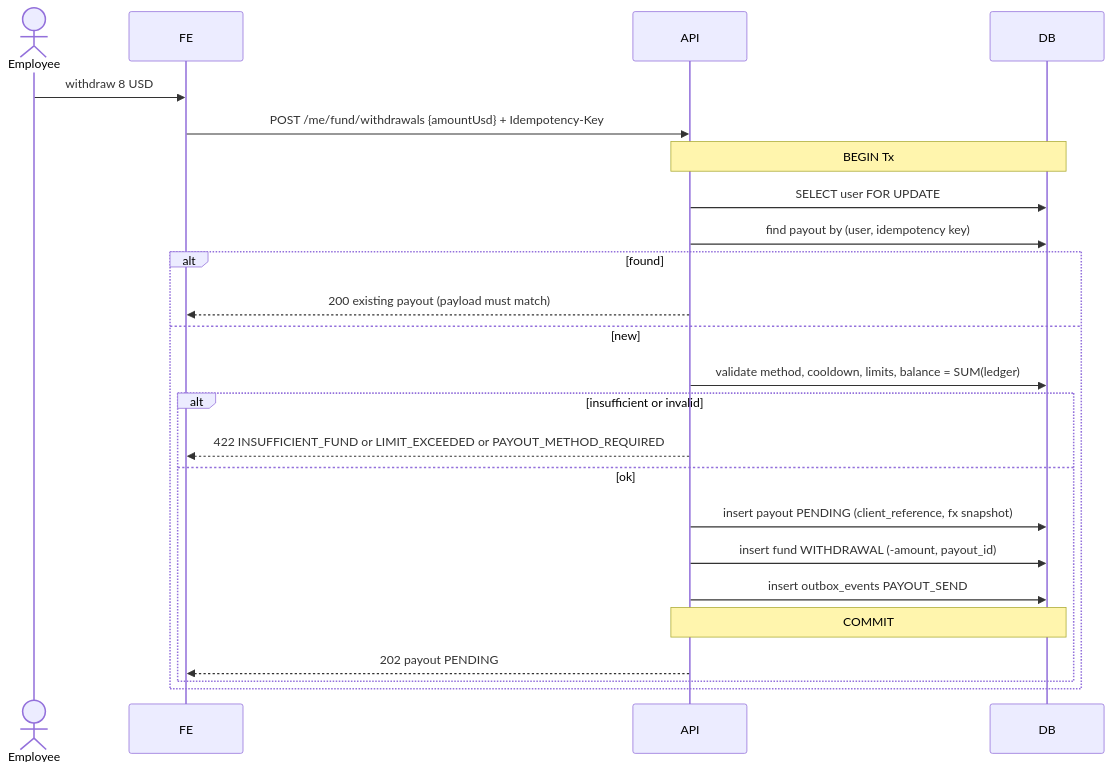
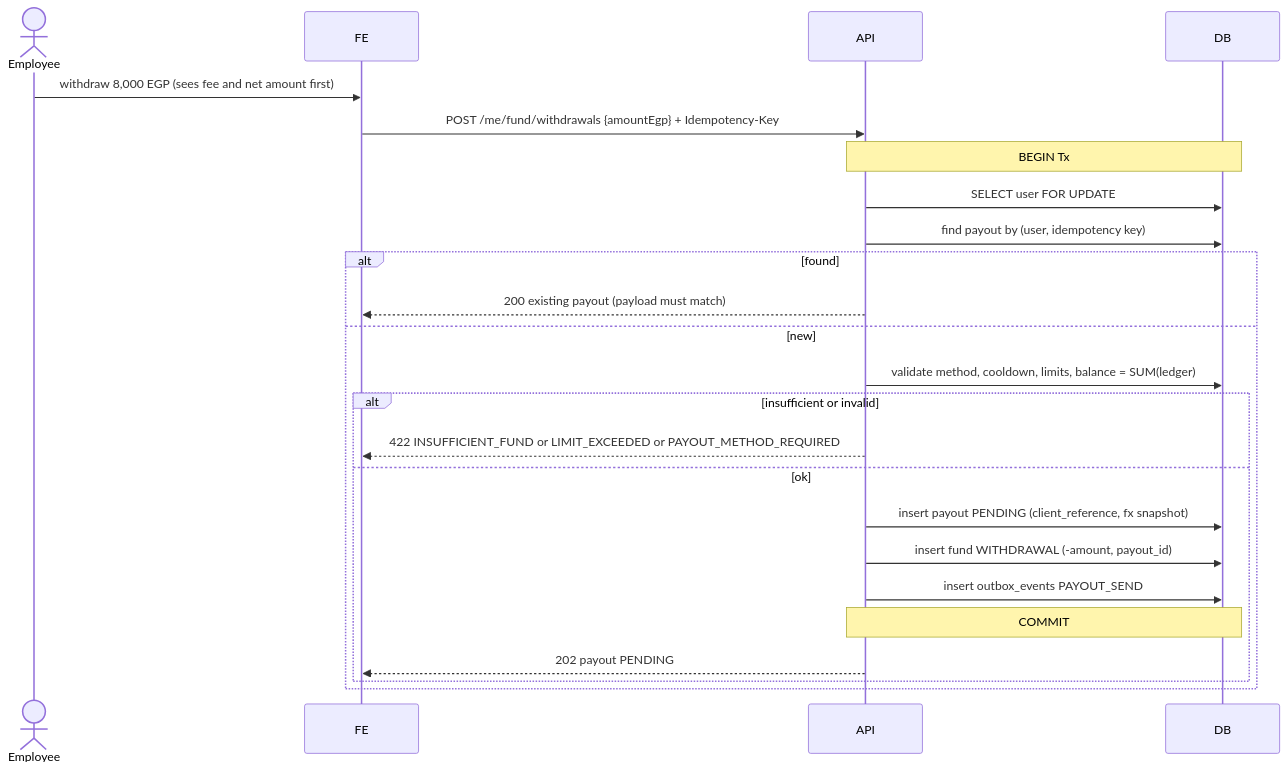
Before and after one commit to Mohand-Hatem/CheckPoint: diagram 16 of 20 in docs/07-SEQUENCE_DIAGRAMS.md, drawn with Mermaid. The commit also changed other lines of this file and 24 other files, not shown here.

Commit message:
feat(api): Reconcile docs and schema with planning spec v0.3.0

````diff
--- a/docs/07-SEQUENCE_DIAGRAMS.md
+++ b/docs/07-SEQUENCE_DIAGRAMS.md
@@ -375,26 +375,26 @@
 ```mermaid
 sequenceDiagram
   actor E as Employee
   participant FE
   participant API
   participant DB
-  E->>FE: withdraw 8 USD
-  FE->>API: POST /me/fund/withdrawals {amountUsd} + Idempotency-Key
+  E->>FE: withdraw 8,000 EGP (sees fee and net amount first)
+  FE->>API: POST /me/fund/withdrawals {amountEgp} + Idempotency-Key
   Note over API,DB: BEGIN Tx
   API->>DB: SELECT user FOR UPDATE
   API->>DB: find payout by (user, idempotency key)
   alt found
     API-->>FE: 200 existing payout (payload must match)
   else new
     API->>DB: validate method, cooldown, limits, balance = SUM(ledger)
     alt insufficient or invalid
       API-->>FE: 422 INSUFFICIENT_FUND or LIMIT_EXCEEDED or PAYOUT_METHOD_REQUIRED
     else ok
       API->>DB: insert payout PENDING (client_reference, fx snapshot)
       API->>DB: insert fund WITHDRAWAL (-amount, payout_id)
       API->>DB: insert outbox_events PAYOUT_SEND
       Note over API,DB: COMMIT
       API-->>FE: 202 payout PENDING
     end
   end
 ```
````
